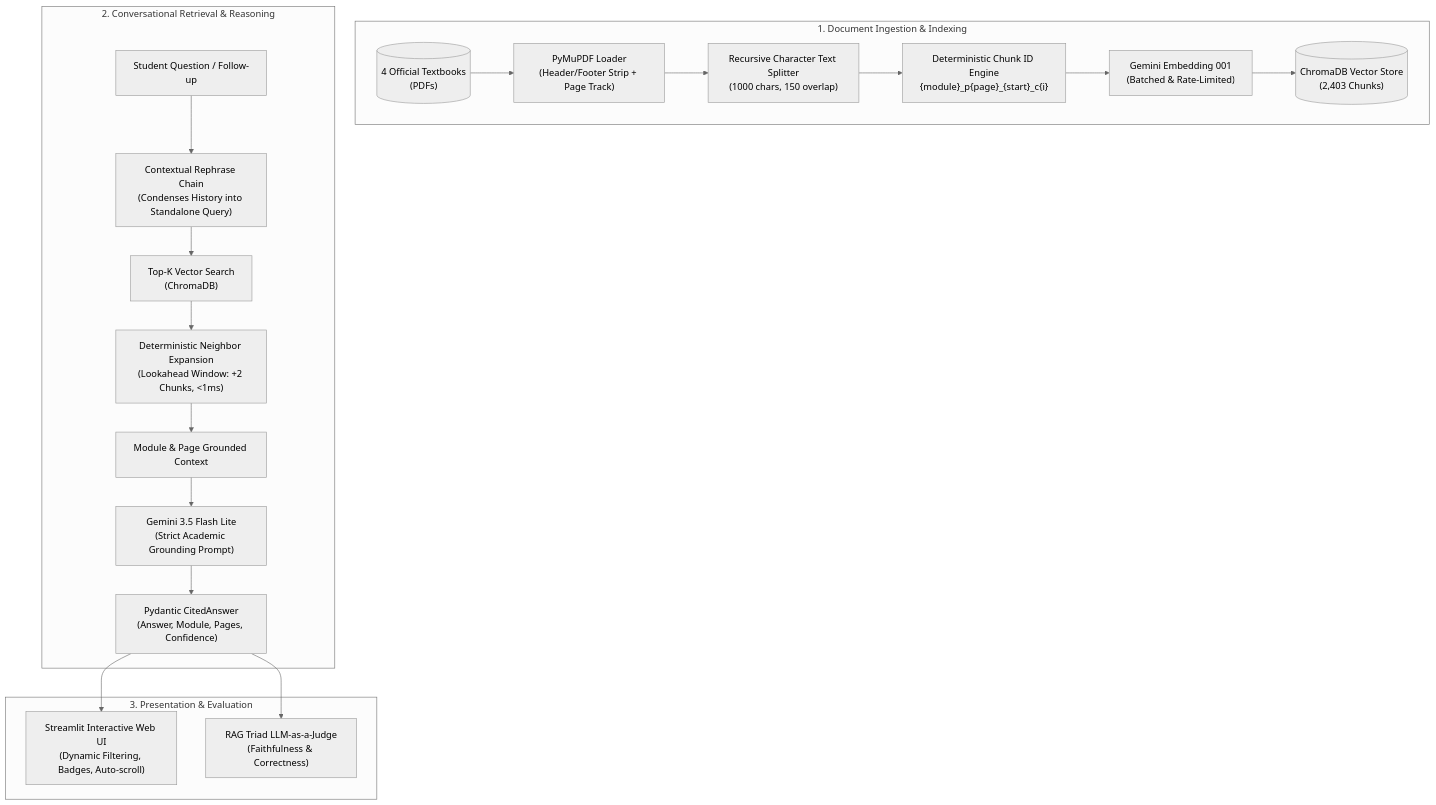
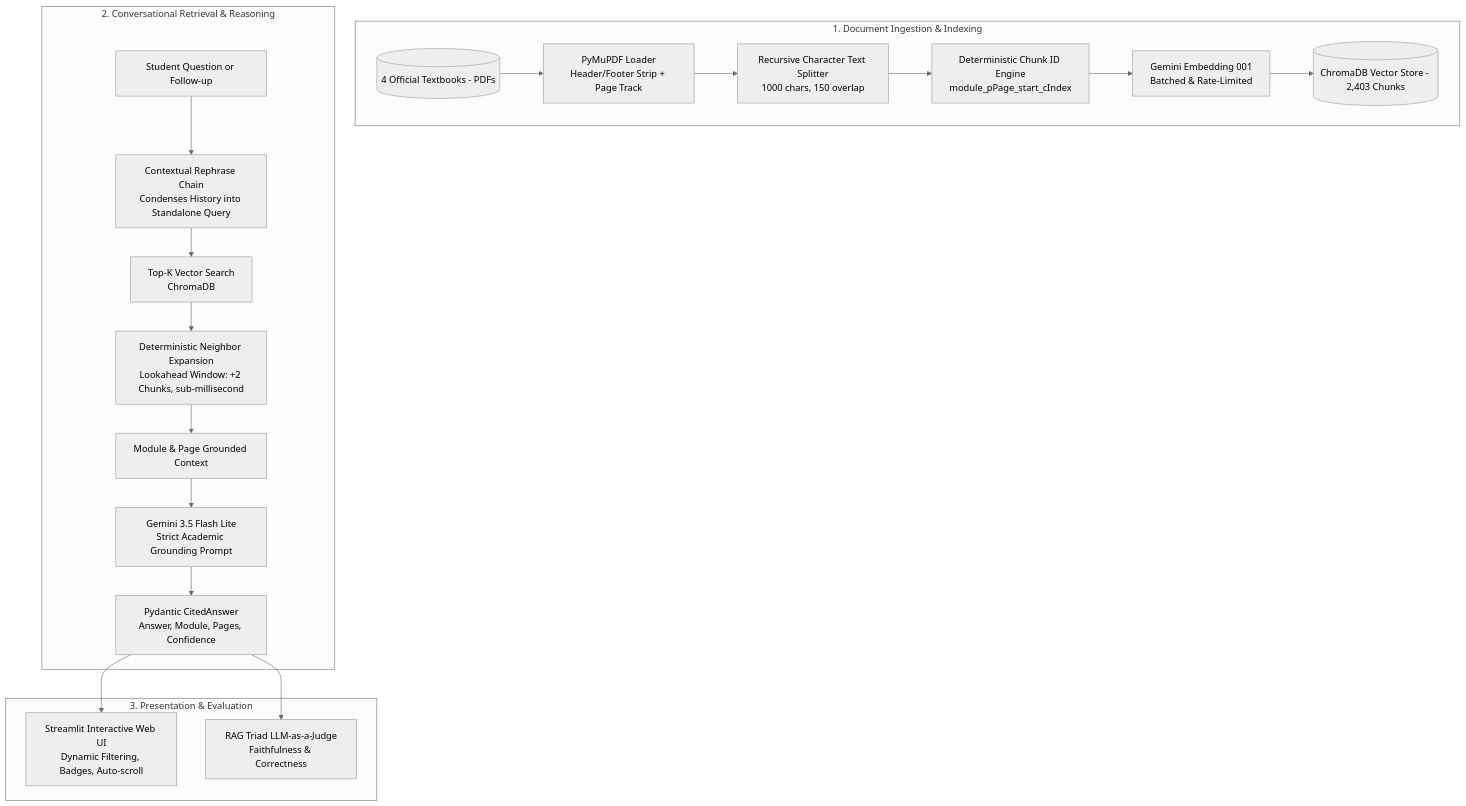
Before and after one commit to Bekafi01/freshman-modules-rag: the diagram in README.md, drawn with Mermaid (neutral theme). The commit also changed other lines of this file, not shown here.

Commit message:
docs: fix Mermaid diagram syntax and add full curriculum to roadmap

````diff
--- a/README.md
+++ b/README.md
@@ -26,24 +29,24 @@
 ```mermaid
 flowchart TD
     subgraph Ingestion ["1. Document Ingestion & Indexing"]
-        PDF[("4 Official Textbooks<br/>(PDFs)")] --> Loader["PyMuPDF Loader<br/>(Header/Footer Strip + Page Track)"]
-        Loader --> Splitter["Recursive Character Text Splitter<br/>(1000 chars, 150 overlap)"]
-        Splitter --> DeterministicID["Deterministic Chunk ID Engine<br/>{module}_p{page}_{start}_c{i}"]
-        DeterministicID --> Embedder["Gemini Embedding 001<br/>(Batched & Rate-Limited)"]
-        Embedder --> VectorDB[("ChromaDB Vector Store<br/>(2,403 Chunks)")]
+        PDF[("4 Official Textbooks - PDFs")] --> Loader["PyMuPDF Loader<br/>Header/Footer Strip + Page Track"]
+        Loader --> Splitter["Recursive Character Text Splitter<br/>1000 chars, 150 overlap"]
+        Splitter --> DeterministicID["Deterministic Chunk ID Engine<br/>module_pPage_start_cIndex"]
+        DeterministicID --> Embedder["Gemini Embedding 001<br/>Batched & Rate-Limited"]
+        Embedder --> VectorDB[("ChromaDB Vector Store - 2,403 Chunks")]
     end
 
     subgraph QueryPipeline ["2. Conversational Retrieval & Reasoning"]
-        UserQuery["Student Question / Follow-up"] --> Rephrase["Contextual Rephrase Chain<br/>(Condenses History into Standalone Query)"]
-        Rephrase --> VectorSearch["Top-K Vector Search<br/>(ChromaDB)"]
-        VectorSearch --> NeighborExpansion["Deterministic Neighbor Expansion<br/>(Lookahead Window: +2 Chunks, <1ms)"]
+        UserQuery["Student Question or Follow-up"] --> Rephrase["Contextual Rephrase Chain<br/>Condenses History into Standalone Query"]
+        Rephrase --> VectorSearch["Top-K Vector Search<br/>ChromaDB"]
+        VectorSearch --> NeighborExpansion["Deterministic Neighbor Expansion<br/>Lookahead Window: +2 Chunks, sub-millisecond"]
         NeighborExpansion --> ContextFormat["Module & Page Grounded Context"]
-        ContextFormat --> AnswerChain["Gemini 3.5 Flash Lite<br/>(Strict Academic Grounding Prompt)"]
-        AnswerChain --> StructuredOutput["Pydantic CitedAnswer<br/>(Answer, Module, Pages, Confidence)"]
+        ContextFormat --> AnswerChain["Gemini 3.5 Flash Lite<br/>Strict Academic Grounding Prompt"]
+        AnswerChain --> StructuredOutput["Pydantic CitedAnswer<br/>Answer, Module, Pages, Confidence"]
     end
 
     subgraph Interface ["3. Presentation & Evaluation"]
-        StructuredOutput --> StreamlitApp["Streamlit Interactive Web UI<br/>(Dynamic Filtering, Badges, Auto-scroll)"]
-        StructuredOutput --> EvalSuite["RAG Triad LLM-as-a-Judge<br/>(Faithfulness & Correctness)"]
+        StructuredOutput --> StreamlitApp["Streamlit Interactive Web UI<br/>Dynamic Filtering, Badges, Auto-scroll"]
+        StructuredOutput --> EvalSuite["RAG Triad LLM-as-a-Judge<br/>Faithfulness & Correctness"]
     end
 ```
````
